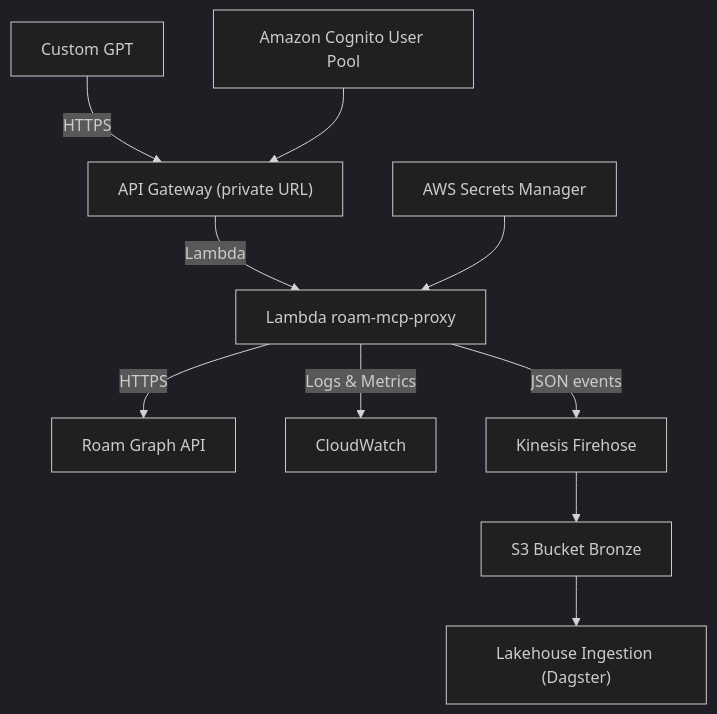
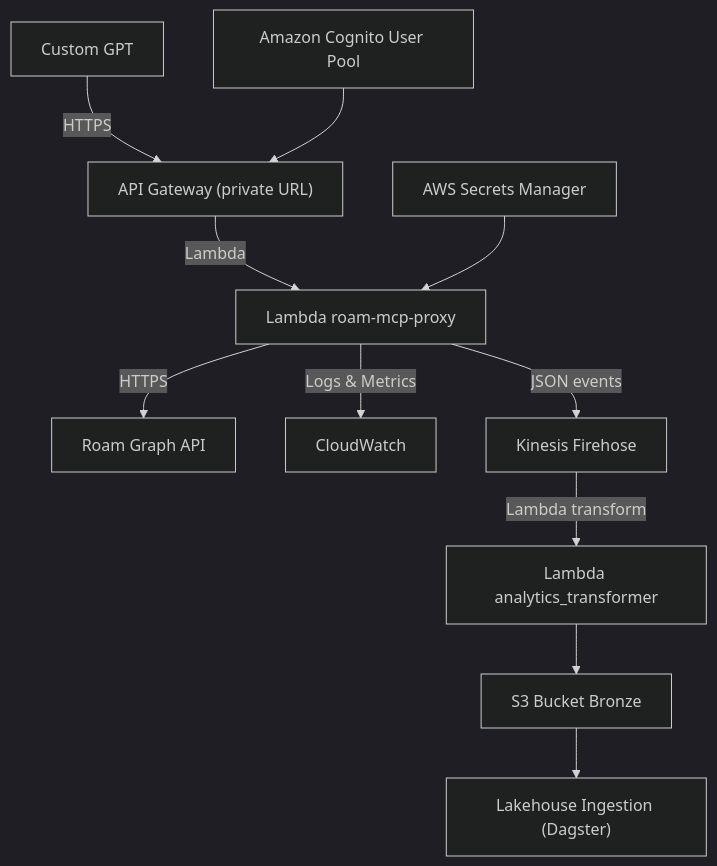
Before and after one commit to brock-run/pkm-ai-interface: the diagram in docs/architecture.mmd, drawn with Mermaid (dark theme). The commit also changed 5 other files, not shown here.

```diff
--- a/docs/architecture.mmd
+++ b/docs/architecture.mmd
@@ -1,10 +1,11 @@
 graph TD
     GPT["Custom GPT"] -->|HTTPS| APIGW["API Gateway (private URL)"]
     APIGW -->|Lambda| Lambda["Lambda roam-mcp-proxy"]
     Lambda -->|HTTPS| Roam["Roam Graph API"]
     Lambda -->|Logs & Metrics| CloudWatch["CloudWatch"]
     Lambda -->|JSON events| Firehose["Kinesis Firehose"]
-    Firehose --> S3["S3 Bucket Bronze"]
+    Firehose -->|Lambda transform| Transformer["Lambda analytics_transformer"]
+    Transformer --> S3["S3 Bucket Bronze"]
     S3 --> Lakehouse["Lakehouse Ingestion (Dagster)"]
     Cognito["Amazon Cognito User Pool"] --> APIGW
     Secrets["AWS Secrets Manager"] --> Lambda
```
